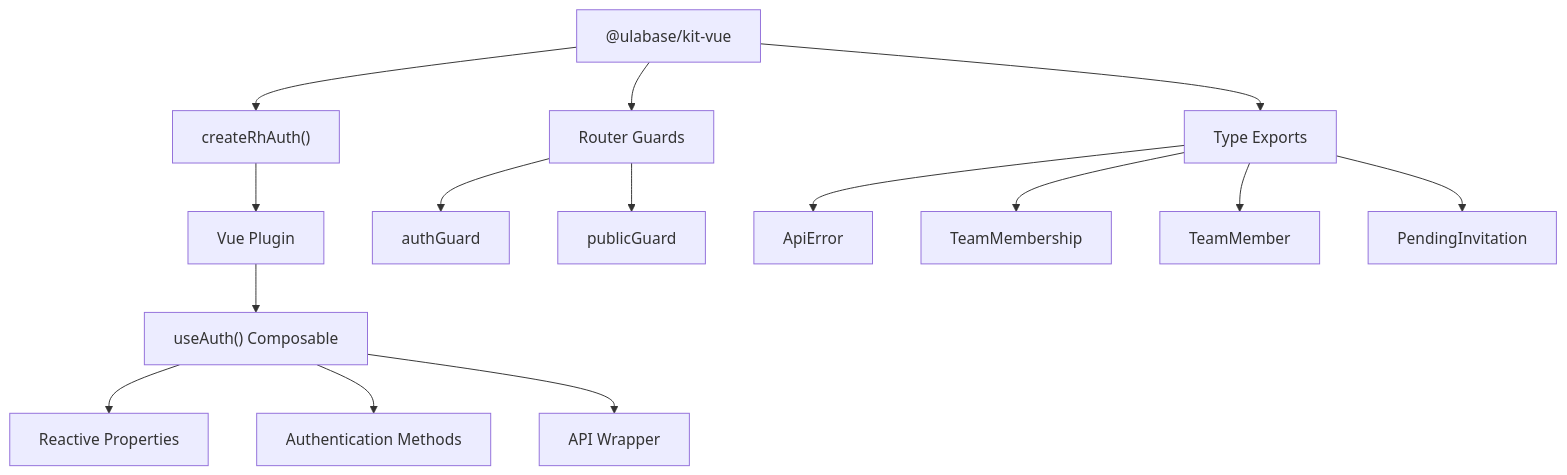
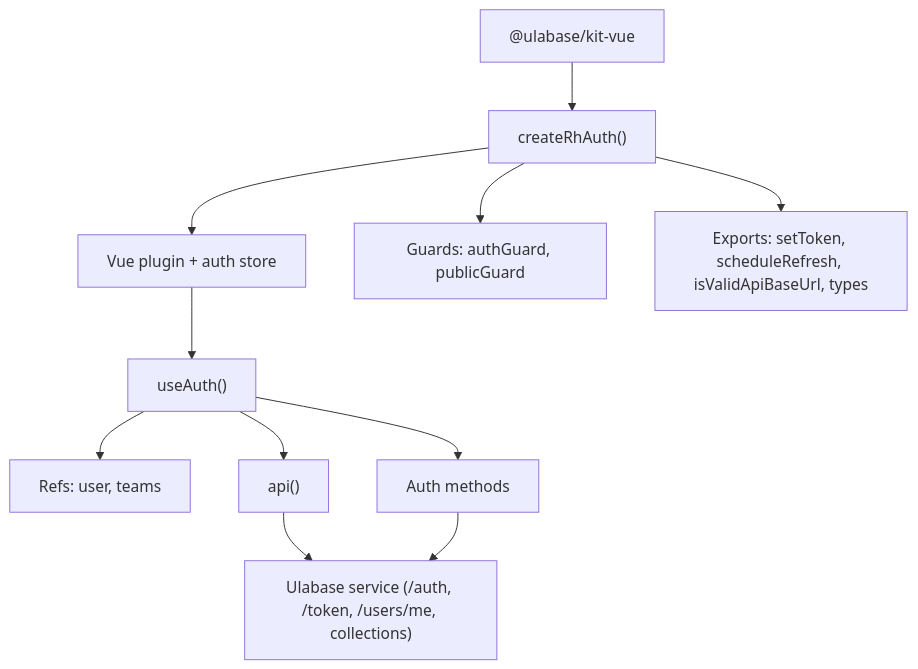
The first of 2 diagrams in openwiki/integrations/ulabase-kit-vue.md (ulabase/starter-vue), drawn with Mermaid before and after one commit. The commit also changed other lines of this file and 38 other files, not shown here.

````diff
--- a/openwiki/integrations/ulabase-kit-vue.md
+++ b/openwiki/integrations/ulabase-kit-vue.md
@@ -51,17 +45,13 @@
 ```mermaid
 flowchart TD
     A["@ulabase/kit-vue"] --> B["createRhAuth()"]
-    B --> C["Vue Plugin"]
-    C --> D["useAuth() Composable"]
-    D --> E["Reactive Properties"]
-    D --> F["Authentication Methods"]
-    D --> G["API Wrapper"]
-    A --> H["Router Guards"]
-    H --> I["authGuard"]
-    H --> J["publicGuard"]
-    A --> K["Type Exports"]
-    K --> L["ApiError"]
-    K --> M["TeamMembership"]
-    K --> N["TeamMember"]
-    K --> O["PendingInvitation"]
+    B --> C["Vue plugin + auth store"]
+    C --> D["useAuth()"]
+    D --> E["Refs: user, teams"]
+    D --> F["Auth methods"]
+    D --> G["api()"]
+    B --> H["Guards: authGuard, publicGuard"]
+    B --> I["Exports: setToken, scheduleRefresh, isValidApiBaseUrl, types"]
+    G --> J["Ulabase service (/auth, /token, /users/me, collections)"]
+    F --> J
 ```
````
